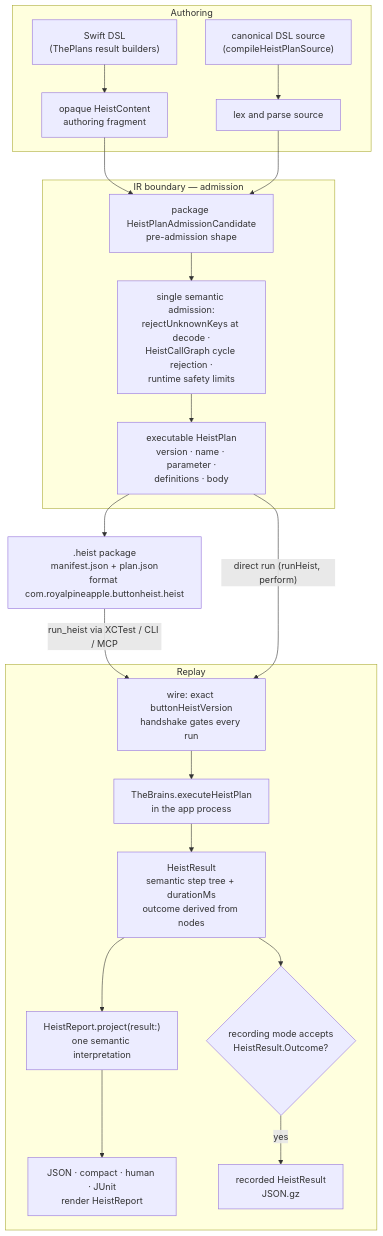
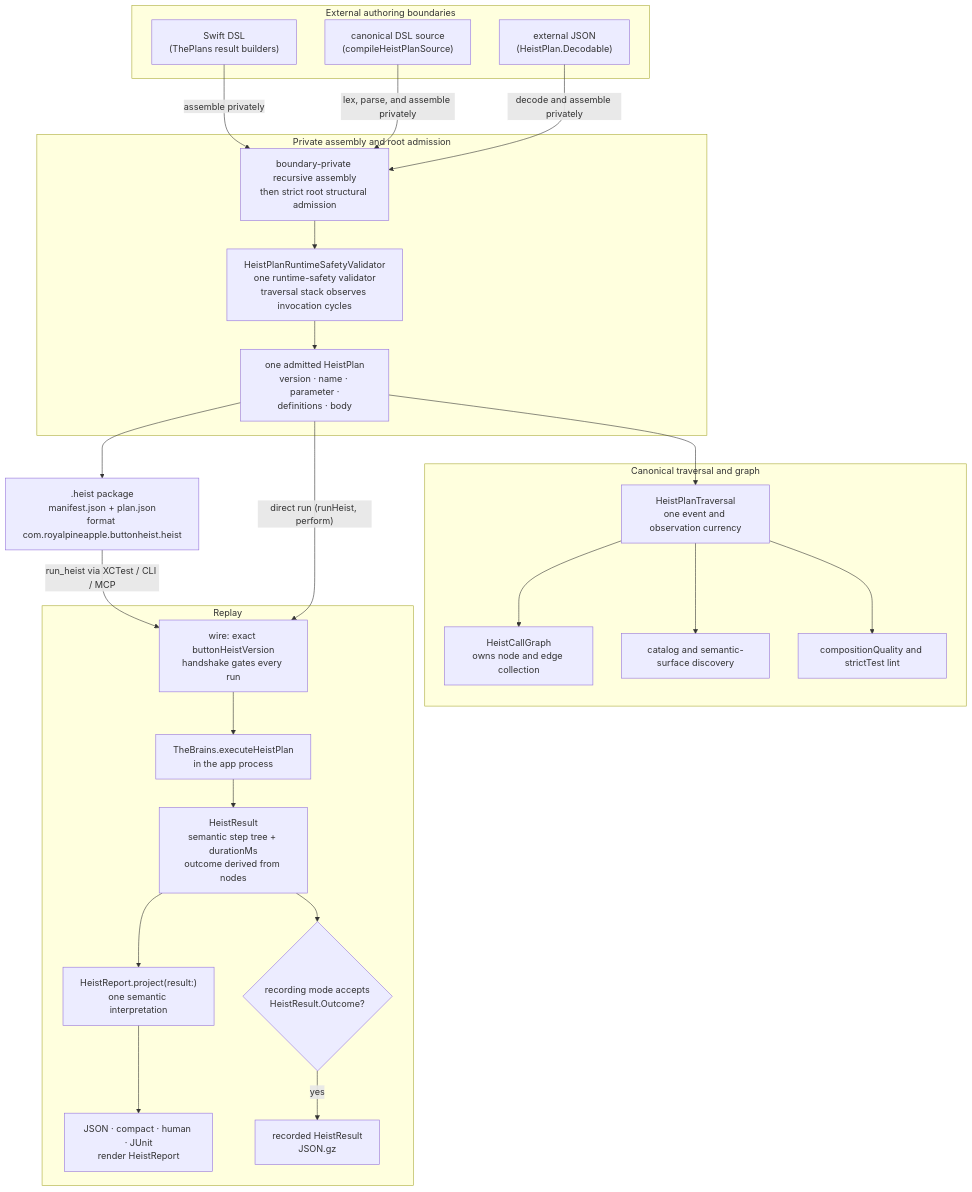
The diagram in docs/diagrams/heist-lifecycle.md (RoyalPineapple/TheButtonHeist), drawn with Mermaid before and after one commit. The commit also changed other lines of this file and 228 other files, not shown here.

First line of the commit message:
Compress runtime and plan pipelines into canonical state (#1396)

````diff
--- a/docs/diagrams/heist-lifecycle.md
+++ b/docs/diagrams/heist-lifecycle.md
@@ -8,41 +8,50 @@
 ```mermaid
 flowchart TD
-    subgraph author["Authoring"]
+    subgraph author["External authoring boundaries"]
         SWIFT["Swift DSL<br/>(ThePlans result builders)"]
         SOURCE["canonical DSL source<br/>(compileHeistPlanSource)"]
-        CONTENT["opaque HeistContent<br/>authoring fragment"]
-        PARSE["lex and parse source"]
-        SWIFT --> CONTENT
-        SOURCE --> PARSE
+        JSON["external JSON<br/>(HeistPlan.Decodable)"]
     end
 
-    subgraph ir["IR boundary — admission"]
-        CANDIDATE["package HeistPlanAdmissionCandidate<br/>pre-admission shape"]
-        CHECKS["single semantic admission:<br/>rejectUnknownKeys at decode ·<br/>HeistCallGraph cycle rejection ·<br/>runtime safety limits"]
-        PLAN["executable HeistPlan<br/>version · name · parameter ·<br/>definitions · body"]
-        CANDIDATE --> CHECKS --> PLAN
+    subgraph admission["Private assembly and root admission"]
+        ROOT["boundary-private recursive assembly<br/>then strict root structural admission"]
+        SAFETY["HeistPlanRuntimeSafetyValidator<br/>one runtime-safety validator<br/>traversal stack observes invocation cycles"]
+        PLAN["one admitted HeistPlan<br/>version · name · parameter ·<br/>definitions · body"]
+        ROOT --> SAFETY --> PLAN
+    end
+
+    subgraph meaning["Canonical traversal and graph"]
+        TRAVERSAL["HeistPlanTraversal<br/>one event and observation currency"]
+        GRAPH["HeistCallGraph<br/>owns node and edge collection"]
+        DISCOVERY["catalog and semantic-surface discovery"]
+        LINT["compositionQuality and strictTest lint"]
+        PLAN --> TRAVERSAL
+        TRAVERSAL --> GRAPH
+        TRAVERSAL --> DISCOVERY
+        TRAVERSAL --> LINT
     end
 
     HEIST[".heist package<br/>manifest.json + plan.json<br/>format com.royalpineapple.buttonheist.heist"]
 
     subgraph replay["Replay"]
         GATE["wire: exact buttonHeistVersion<br/>handshake gates every run"]
         BRAINS["TheBrains.executeHeistPlan<br/>in the app process"]
         RESULT["HeistResult<br/>semantic step tree + durationMs<br/>outcome derived from nodes"]
         REPORT["HeistReport.project(result:)<br/>one semantic interpretation"]
         RENDER["JSON · compact · human · JUnit<br/>render HeistReport"]
         RECORD{"recording mode accepts<br/>HeistResult.Outcome?"}
         RESULTFILE["recorded HeistResult<br/>JSON.gz"]
         GATE --> BRAINS
         BRAINS --> RESULT
         RESULT --> REPORT --> RENDER
         RESULT --> RECORD
         RECORD -->|yes| RESULTFILE
     end
 
-    CONTENT --> CANDIDATE
-    PARSE --> CANDIDATE
+    SWIFT -->|"assemble privately"| ROOT
+    SOURCE -->|"lex, parse, and assemble privately"| ROOT
+    JSON -->|"decode and assemble privately"| ROOT
     PLAN --> HEIST
     HEIST -- "run_heist via XCTest / CLI / MCP" --> GATE
     PLAN -- "direct run (runHeist, perform)" --> GATE
 ```
````
